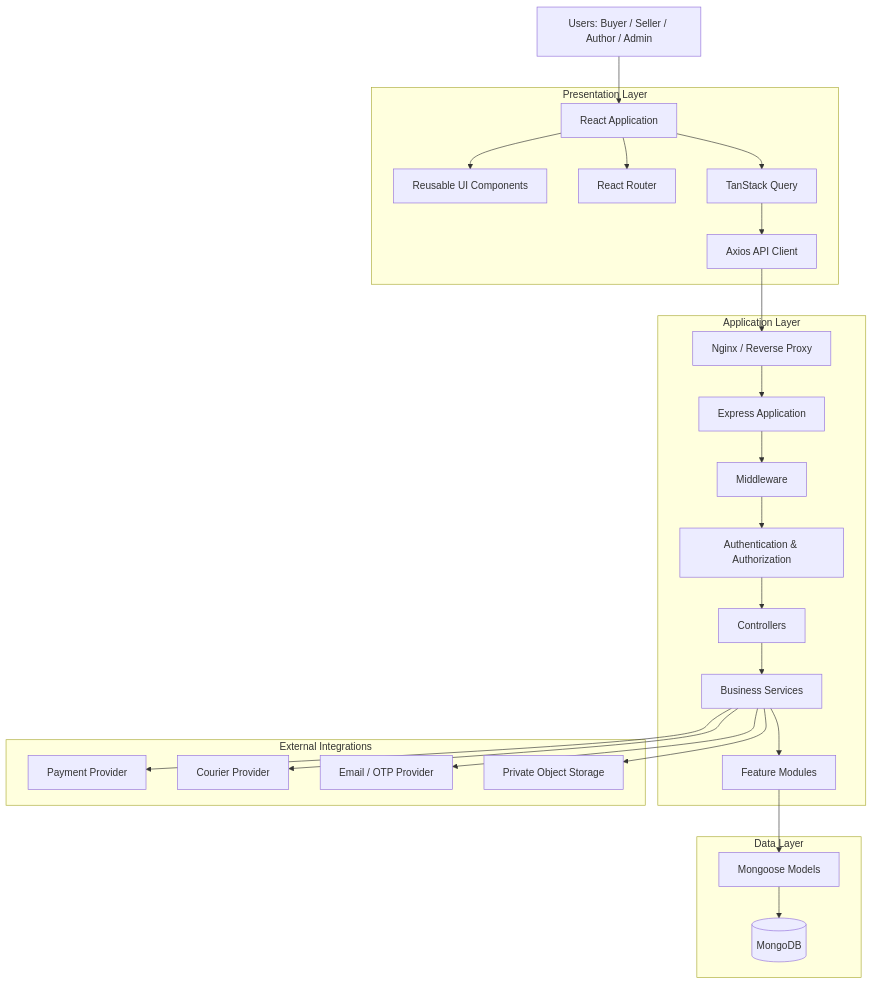
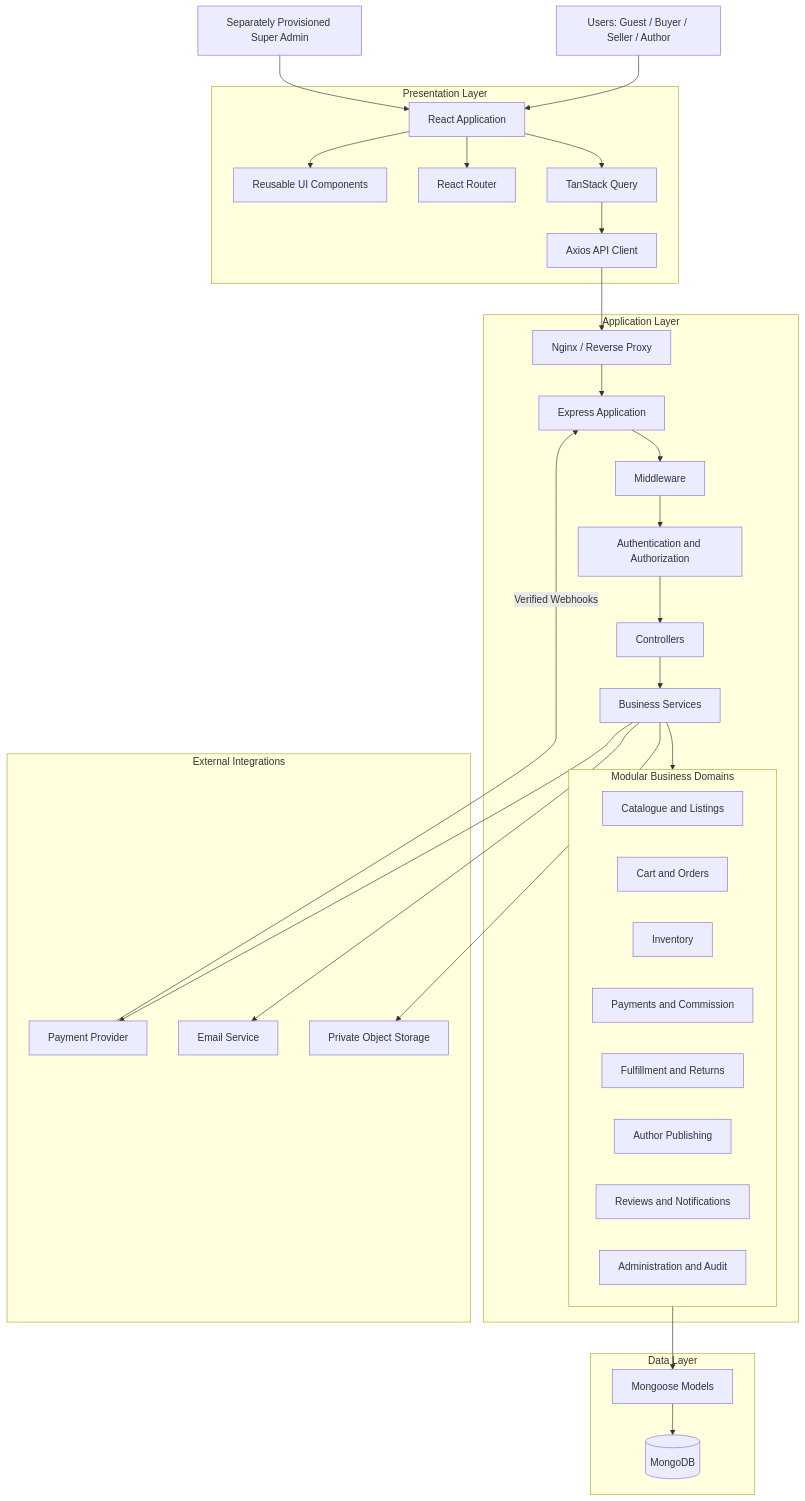
The first of 8 diagrams in docs/architecture/system-design-architecture.md (utkarshhhh004/Book-Bazar), drawn with Mermaid before and after one commit. The commit also changed other lines of this file and 17 other files, not shown here.

````diff
--- a/docs/architecture/system-design-architecture.md
+++ b/docs/architecture/system-design-architecture.md
@@ -49,54 +73,66 @@
 ```mermaid
 flowchart TB
-    U[Users: Buyer / Seller / Author / Admin]
+    U[Users: Guest / Buyer / Seller / Author]
+    SA[Separately Provisioned Super Admin]
 
     subgraph FRONTEND["Presentation Layer"]
         R[React Application]
         UI[Reusable UI Components]
         RT[React Router]
         Q[TanStack Query]
         AX[Axios API Client]
     end
 
     subgraph BACKEND["Application Layer"]
         NG[Nginx / Reverse Proxy]
         EX[Express Application]
         MW[Middleware]
-        AUTH[Authentication & Authorization]
+        AUTH[Authentication and Authorization]
         CTRL[Controllers]
         SVC[Business Services]
-        MOD[Feature Modules]
+
+        subgraph MODULES["Modular Business Domains"]
+            CAT[Catalogue and Listings]
+            ORD[Cart and Orders]
+            INV[Inventory]
+            PAY[Payments and Commission]
+            FUL[Fulfillment and Returns]
+            PUB[Author Publishing]
+            REV[Reviews and Notifications]
+            ADM[Administration and Audit]
+        end
     end
 
     subgraph DATABASE["Data Layer"]
+        ODM[Mongoose Models]
         MG[(MongoDB)]
-        ODM[Mongoose Models]
     end
 
     subgraph EXTERNAL["External Integrations"]
-        PAY[Payment Provider]
-        COU[Courier Provider]
-        MAIL[Email / OTP Provider]
+        PG[Payment Provider]
+        MAIL[Email Service]
         STORE[Private Object Storage]
     end
 
     U --> R
+    SA --> R
     R --> UI
     R --> RT
     R --> Q
     Q --> AX
     AX --> NG
     NG --> EX
     EX --> MW
     MW --> AUTH
     AUTH --> CTRL
     CTRL --> SVC
-    SVC --> MOD
-    MOD --> ODM
+    SVC --> MODULES
+    MODULES --> ODM
     ODM --> MG
 
-    SVC --> PAY
-    SVC --> COU
+    SVC --> PG
     SVC --> MAIL
     SVC --> STORE
+
+    PG -->|Verified Webhooks| EX
 ```
````
